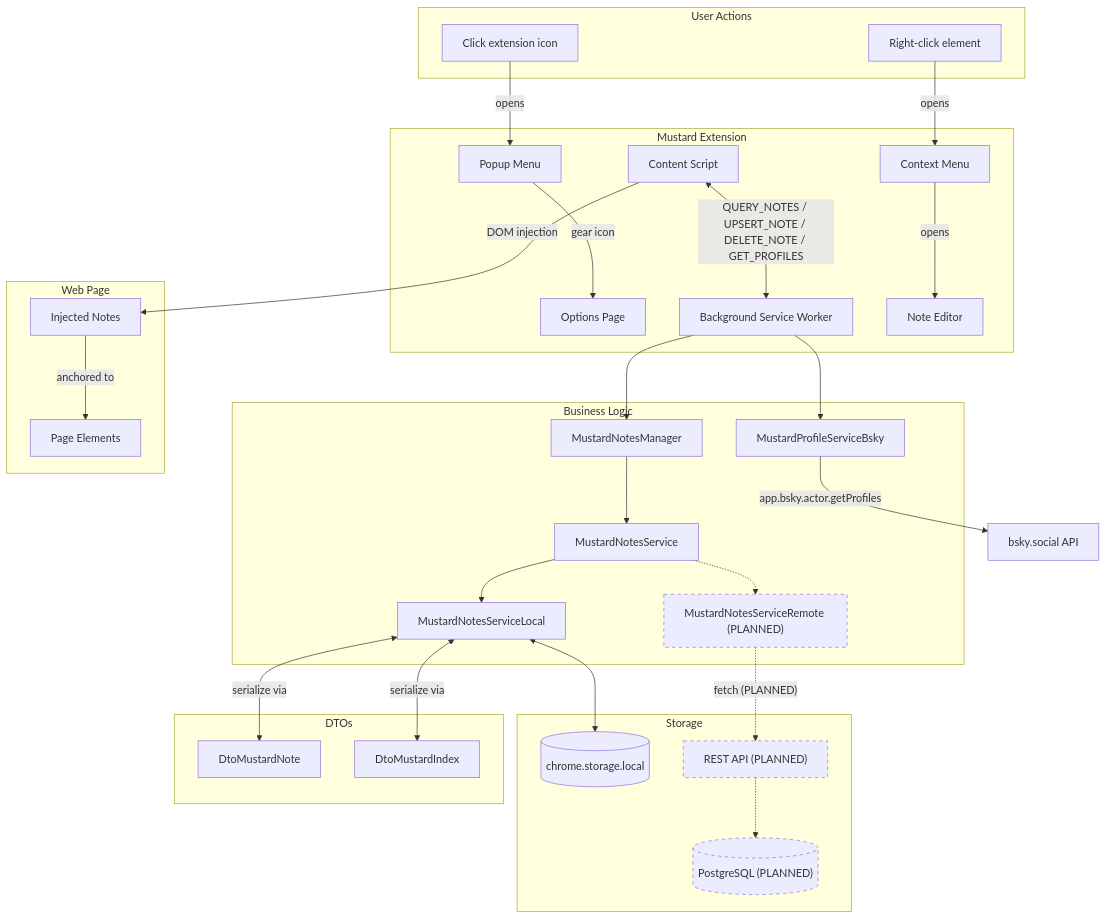
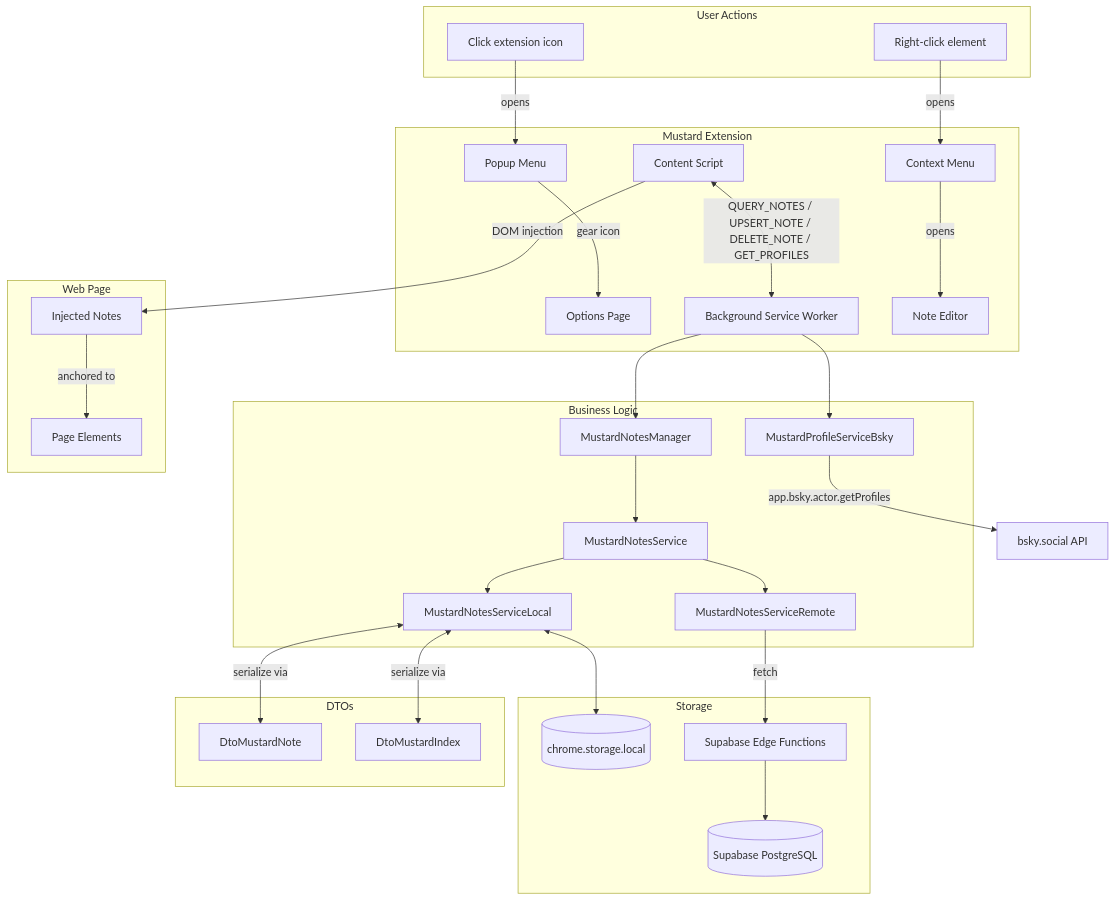
One commit to fettstorch/mustard changed the first of 2 diagrams in PROGRESS.md. Above: the diagram before and after it, drawn with Mermaid. The commit also changed other lines of this file, not shown here.

Commit message:
Update PROGRESS.md with remote notes implementation
- Mark RemoteService, Supabase, and DB as implemented (no longer planned)
- Document Edge Functions, JWT caching, index caching
- Document session broadcast and SPA navigation detection
- Document pending state and improved publish flow

````diff
--- a/PROGRESS.md
+++ b/PROGRESS.md
@@ -7,67 +7,64 @@
 ```mermaid
 flowchart TB
     subgraph User["User Actions"]
         Click["Click extension icon"]
         RightClick["Right-click element"]
     end
 
     subgraph Extension["Mustard Extension"]
         Popup["Popup Menu"]
         Options["Options Page"]
         BG["Background Service Worker"]
         CS["Content Script"]
         CtxMenu["Context Menu"]
         NoteEditor["Note Editor"]
     end
 
     subgraph Business["Business Logic"]
         Manager["MustardNotesManager"]
         ServiceInterface["MustardNotesService"]
         LocalService["MustardNotesServiceLocal"]
-        RemoteService["MustardNotesServiceRemote (PLANNED)"]
+        RemoteService["MustardNotesServiceRemote"]
         ProfileService["MustardProfileServiceBsky"]
     end
 
     subgraph Storage["Storage"]
         ChromeStorage[("chrome.storage.local")]
-        API["REST API (PLANNED)"]
-        DB[("PostgreSQL (PLANNED)")]
+        Supabase["Supabase Edge Functions"]
+        DB[("Supabase PostgreSQL")]
     end
 
     subgraph DTOs["DTOs"]
         DtoNote["DtoMustardNote"]
         DtoIndex["DtoMustardIndex"]
     end
 
     subgraph Page["Web Page"]
         Elements["Page Elements"]
         Notes["Injected Notes"]
     end
 
     Click -->|"opens"| Popup
     Popup -->|"gear icon"| Options
     RightClick -->|"opens"| CtxMenu
     CtxMenu -->|"opens"| NoteEditor
 
     CS <-->|"QUERY_NOTES / UPSERT_NOTE / DELETE_NOTE / GET_PROFILES"| BG
     BG --> Manager
     BG --> ProfileService
     ProfileService -->|"app.bsky.actor.getProfiles"| BSkyAPI["bsky.social API"]
     Manager --> ServiceInterface
     ServiceInterface --> LocalService
-    ServiceInterface -.-> RemoteService
+    ServiceInterface --> RemoteService
 
     LocalService <-->|"serialize via"| DtoNote
     LocalService <-->|"serialize via"| DtoIndex
     LocalService <--> ChromeStorage
 
-    RemoteService -.->|"fetch (PLANNED)"| API
-    API -.-> DB
+    RemoteService -->|"fetch"| Supabase
+    Supabase --> DB
 
     CS -->|"DOM injection"| Notes
     Notes -->|"anchored to"| Elements
 
-    style RemoteService stroke-dasharray: 5 5
-    style API stroke-dasharray: 5 5
-    style DB stroke-dasharray: 5 5
 ```
````
